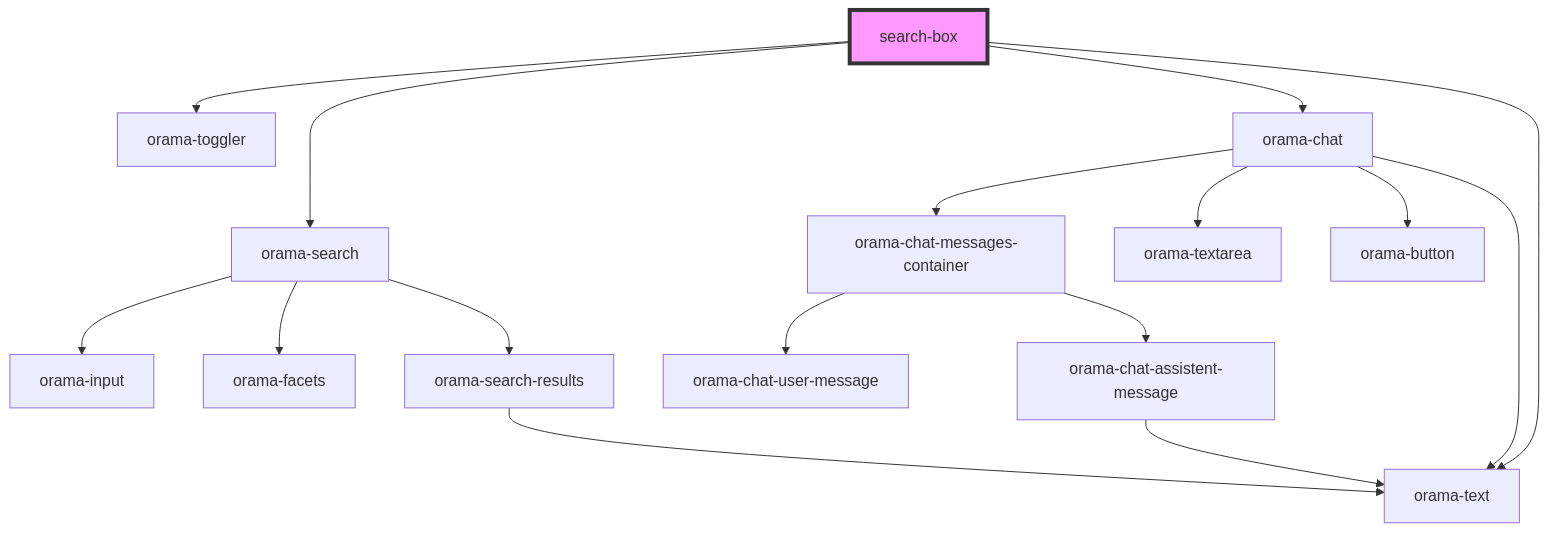
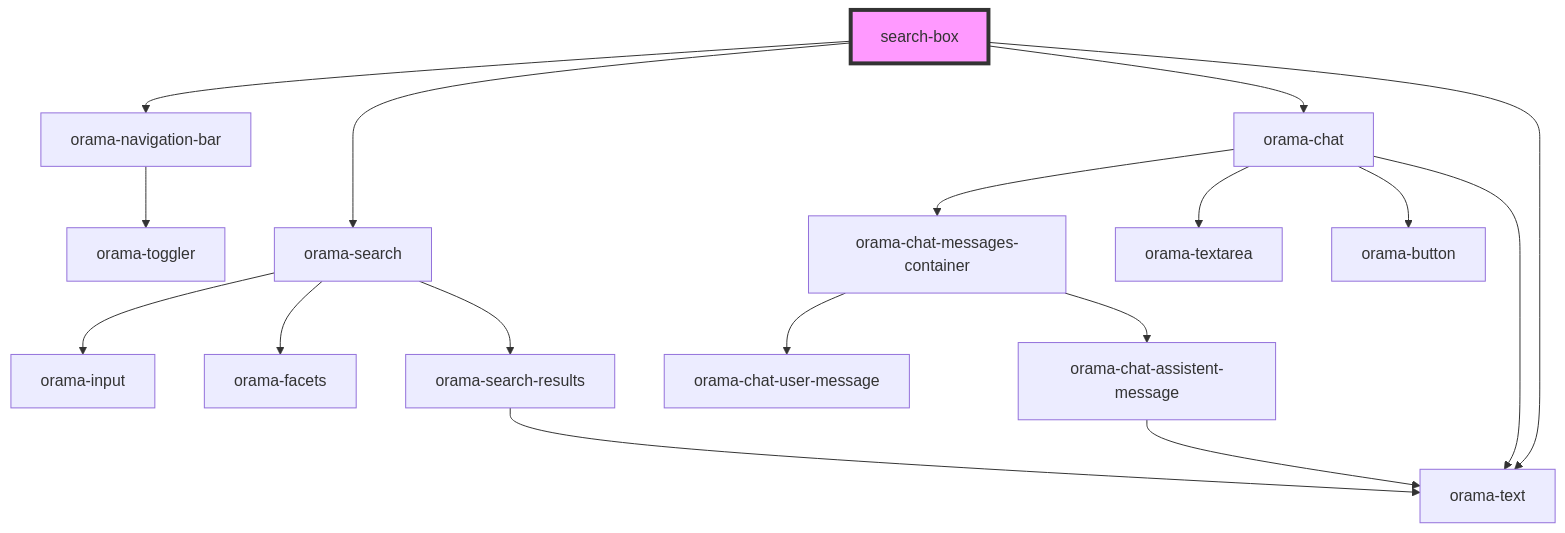
Before and after one commit to askorama/orama-ui-components: the diagram in packages/ui-stencil/src/components/search-box/readme.md, drawn with Mermaid. The commit also changed other lines of this file and 12 other files, not shown here.

Commit message:
feat: add navigation bar

````diff
--- a/packages/ui-stencil/src/components/search-box/readme.md
+++ b/packages/ui-stencil/src/components/search-box/readme.md
@@ -27,19 +27,20 @@
 ```mermaid
 graph TD;
-  search-box --> orama-toggler
+  search-box --> orama-navigation-bar
   search-box --> orama-search
   search-box --> orama-chat
   search-box --> orama-text
+  orama-navigation-bar --> orama-toggler
   orama-search --> orama-input
   orama-search --> orama-facets
   orama-search --> orama-search-results
   orama-search-results --> orama-text
   orama-chat --> orama-chat-messages-container
   orama-chat --> orama-textarea
   orama-chat --> orama-button
   orama-chat --> orama-text
   orama-chat-messages-container --> orama-chat-user-message
   orama-chat-messages-container --> orama-chat-assistent-message
   orama-chat-assistent-message --> orama-text
   style search-box fill:#f9f,stroke:#333,stroke-width:4px
 ```
````
